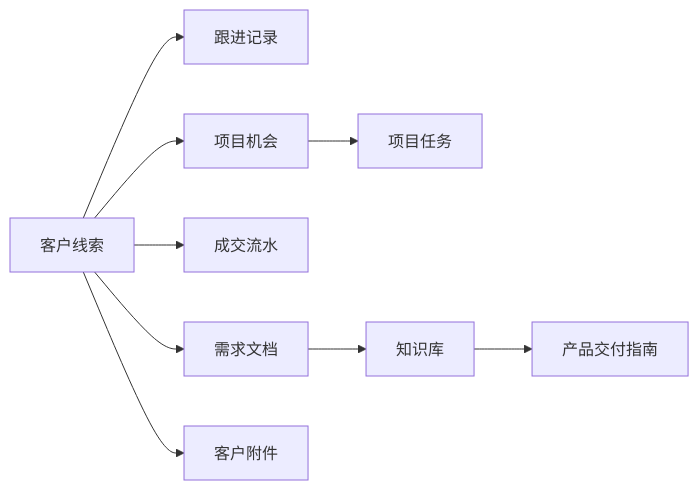
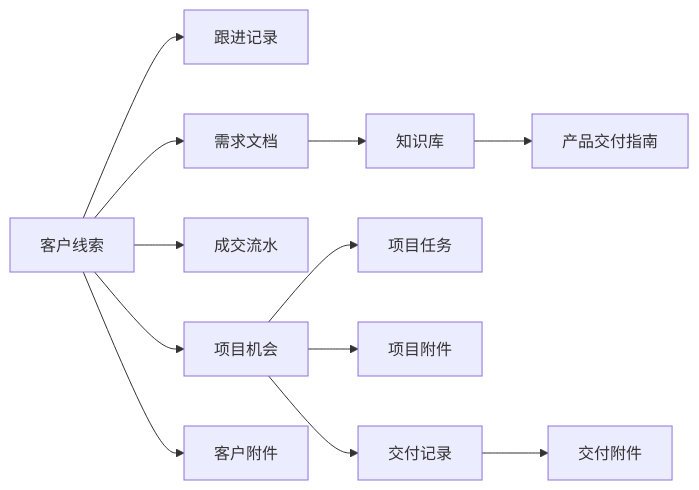
The diagram in docs/audit/customer-delivery-form-review.md (superxia01/Crazor), drawn with Mermaid before and after one commit. The commit also changed other lines of this file and 14 other files, not shown here.

````diff
--- a/docs/audit/customer-delivery-form-review.md
+++ b/docs/audit/customer-delivery-form-review.md
@@ -30,11 +29,14 @@
 ```mermaid
 flowchart LR
   Lead["客户线索"] --> Follow["跟进记录"]
   Lead --> DemandDoc["需求文档"]
   Lead --> Deal["成交流水"]
   Lead --> Project["项目机会"]
   Project --> Task["项目任务"]
   DemandDoc --> Vault["知识库"]
   Lead --> Attachment["客户附件"]
+  Project --> ProjectAttachment["项目附件"]
+  Project --> Delivery["交付记录"]
+  Delivery --> DeliveryAttachment["交付附件"]
   Vault --> DeliveryGuide["产品交付指南"]
 ```
````
